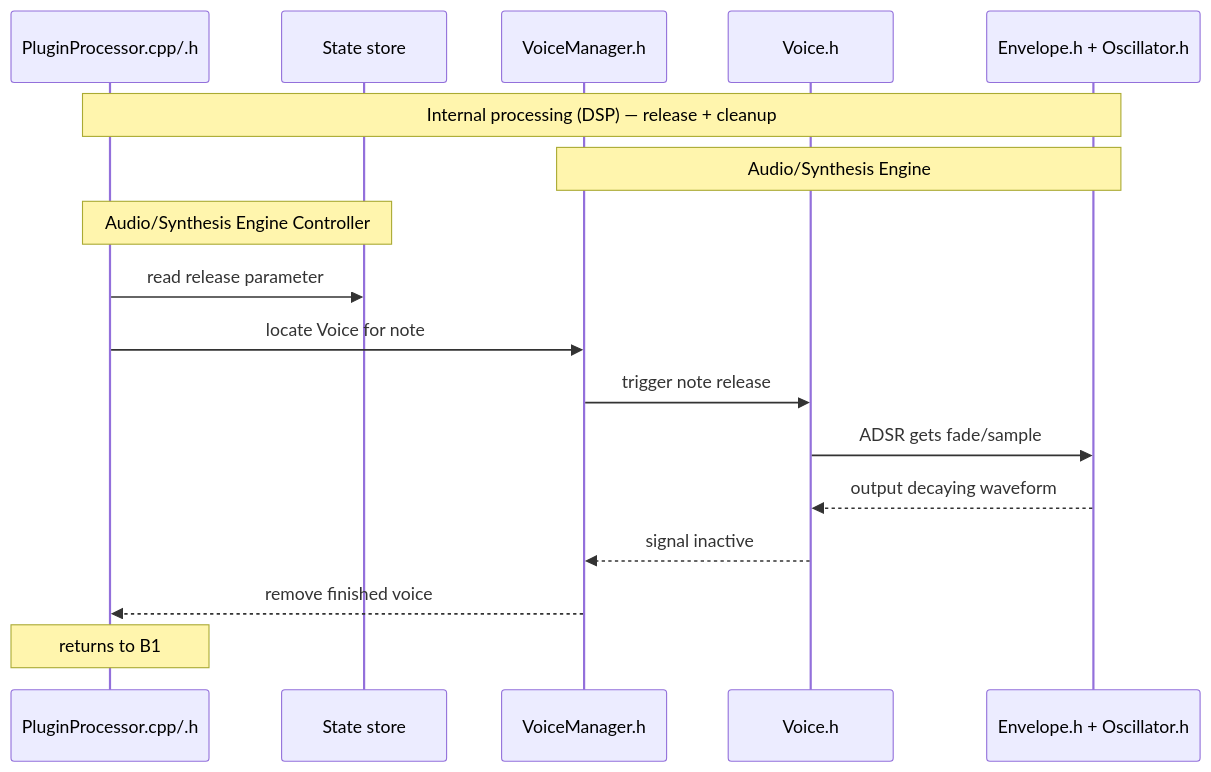
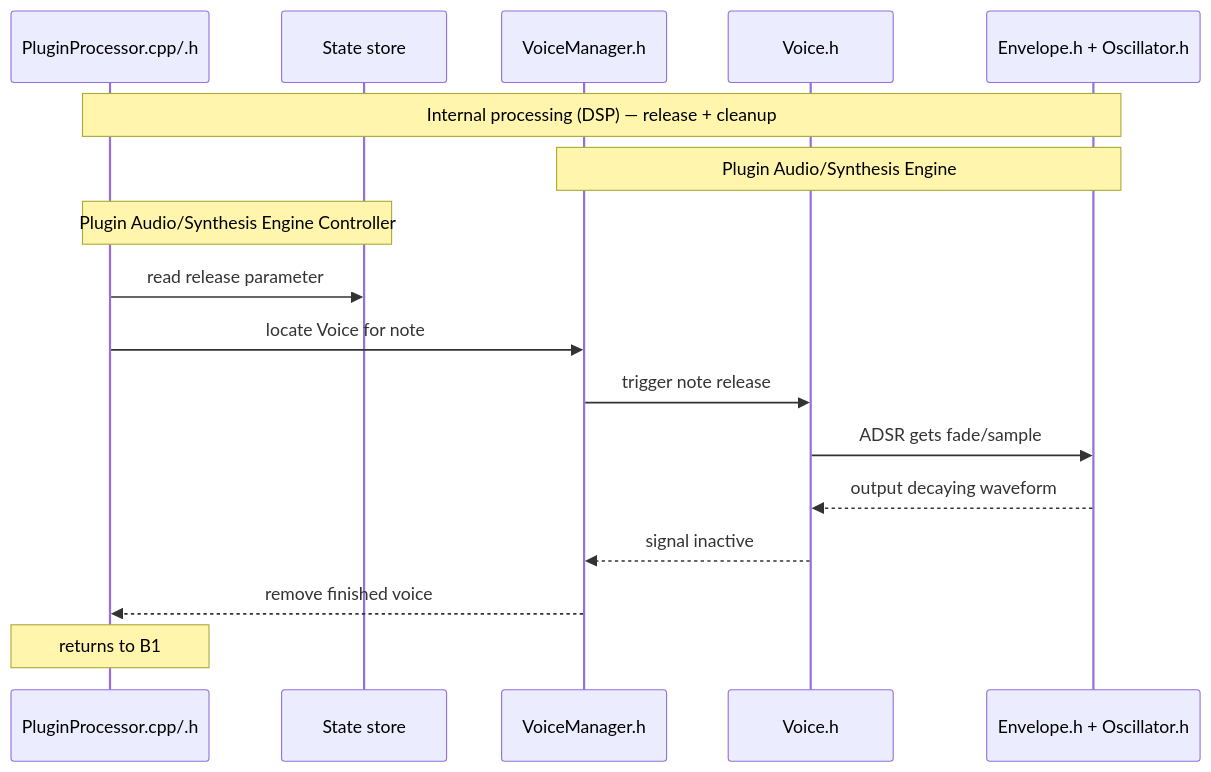
Before and after one commit to TYLERSFOSTER/MIDIControl001: the seventh of 19 diagrams in docs/architecture.md, drawn with Mermaid. The commit also changed other lines of this file and 3 other files, not shown here.

Commit message:
work on architecture.md

````diff
--- a/docs/architecture.md
+++ b/docs/architecture.md
@@ -135,20 +250,20 @@
 ```mermaid
 sequenceDiagram
 participant PluginProcessor as PluginProcessor.cpp/.h
 participant ValueTree as State store
 participant VoiceManager as VoiceManager.h
 participant Voice as Voice.h
 participant DSP as Envelope.h + Oscillator.h
 
 Note over PluginProcessor,DSP: Internal processing (DSP) — release + cleanup
-Note over VoiceManager,DSP: Audio/Synthesis Engine
-Note over PluginProcessor,ValueTree: Audio/Synthesis Engine Controller
+Note over VoiceManager,DSP: Plugin Audio/Synthesis Engine
+Note over PluginProcessor,ValueTree: Plugin Audio/Synthesis Engine Controller
 PluginProcessor->>ValueTree: read release parameter
 PluginProcessor->>VoiceManager: locate Voice for note
 VoiceManager->>Voice: trigger note release
 Voice->>DSP: ADSR gets fade/sample
 DSP-->>Voice: output decaying waveform
 Voice-->>VoiceManager: signal inactive
 VoiceManager-->>PluginProcessor: remove finished voice
 Note over PluginProcessor: returns to B1
 ```
````
